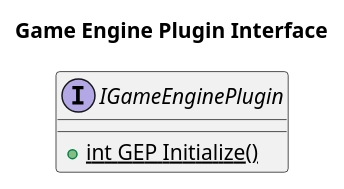
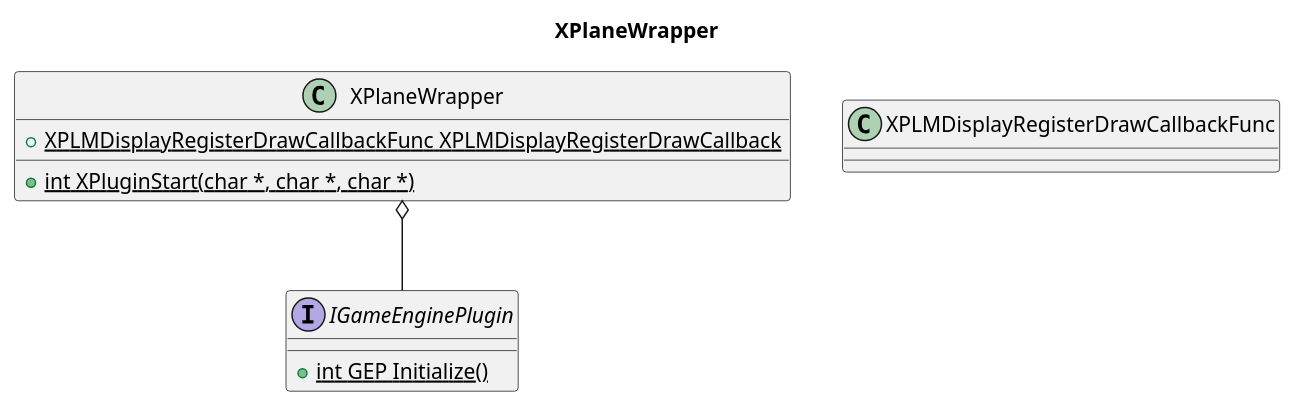
One commit to stevostj/Sandbox changed the diagram in GameEnginePlugin/Docs/SourceDiagrams/GameEnginePlugin-XPlaneWrapperClass.plantuml. Above: the diagram before and after it, drawn with PlantUML. The commit also changed 7 other files, not shown here.

Commit message:
adding early design diagrams for initialization

```diff
--- a/GameEnginePlugin/Docs/SourceDiagrams/GameEnginePlugin-XPlaneWrapperClass.plantuml
+++ b/GameEnginePlugin/Docs/SourceDiagrams/GameEnginePlugin-XPlaneWrapperClass.plantuml
@@ -1,9 +1,22 @@
 @startuml
 
-title "Game Engine Plugin Interface"
+title "XPlaneWrapper"
 
 interface "IGameEnginePlugin"  as IGEP {
     + {static} int GEP Initialize()
 }
 
+class XPLMDisplayRegisterDrawCallbackFunc{
+
+}
+
+class "XPlaneWrapper"  as XPW {
+    + {static} int XPluginStart(char *, char *, char *)
+
+    + {static} XPLMDisplayRegisterDrawCallbackFunc XPLMDisplayRegisterDrawCallback
+
+}
+
+XPW o-- IGEP
+
 @enduml
```
